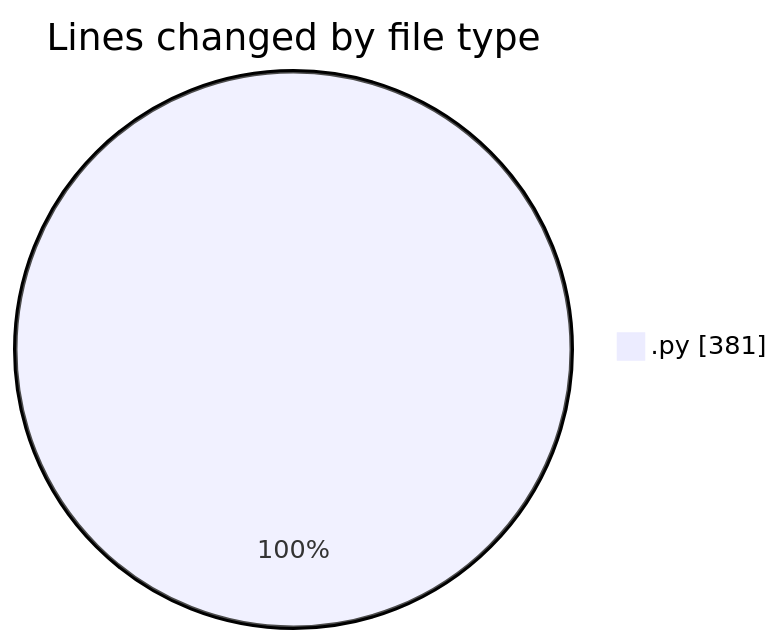
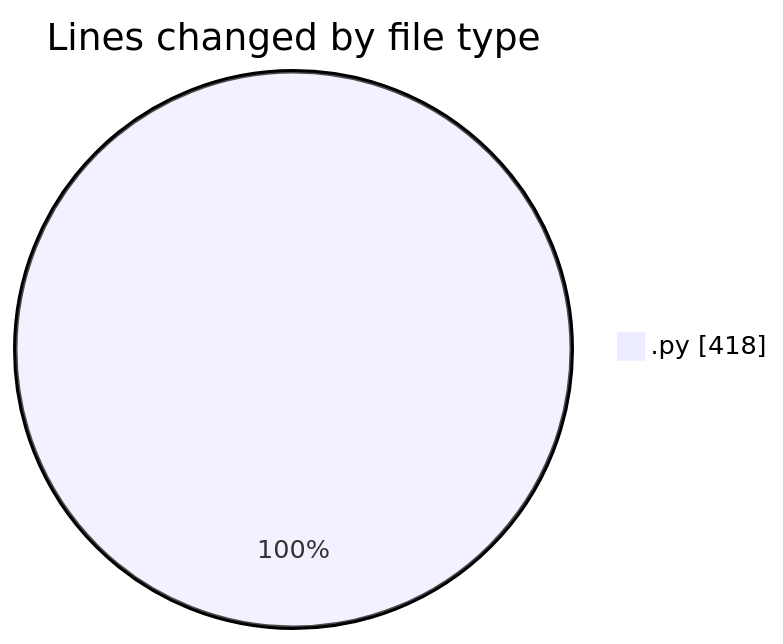
The first of 2 diagrams in 2025-01-12/myws__workspace_/README.md (MatusMokan/code-tracking), drawn with Mermaid before and after one commit. The commit also changed other lines of this file and 1 other file, not shown here.

````diff
--- a/2025-01-12/myws__workspace_/README.md
+++ b/2025-01-12/myws__workspace_/README.md
@@ -21,5 +21,5 @@
 ```mermaid
 pie showData
 title Lines changed by file type
-".py" : 381
+".py" : 418
 ```
````
